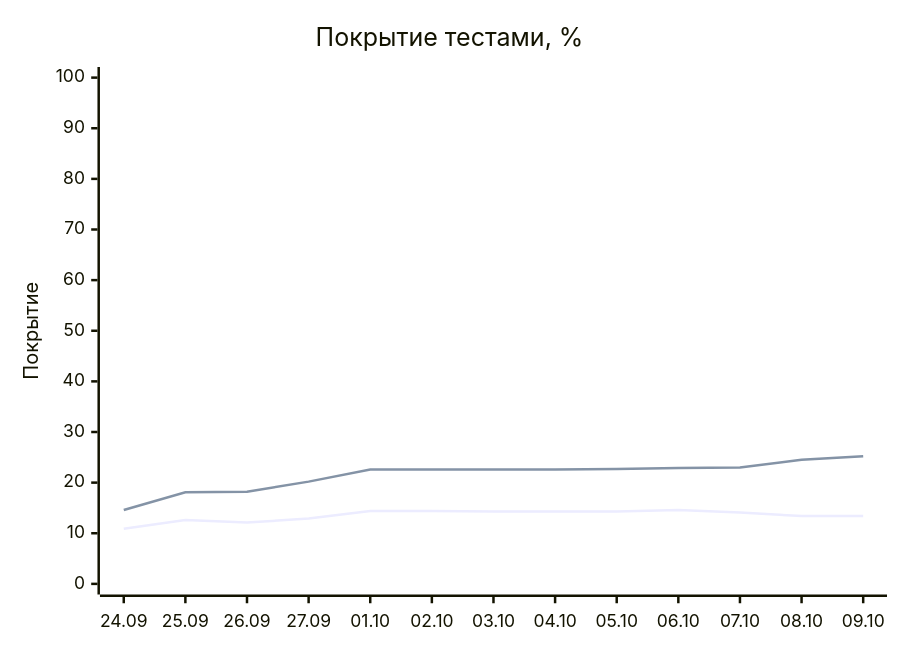
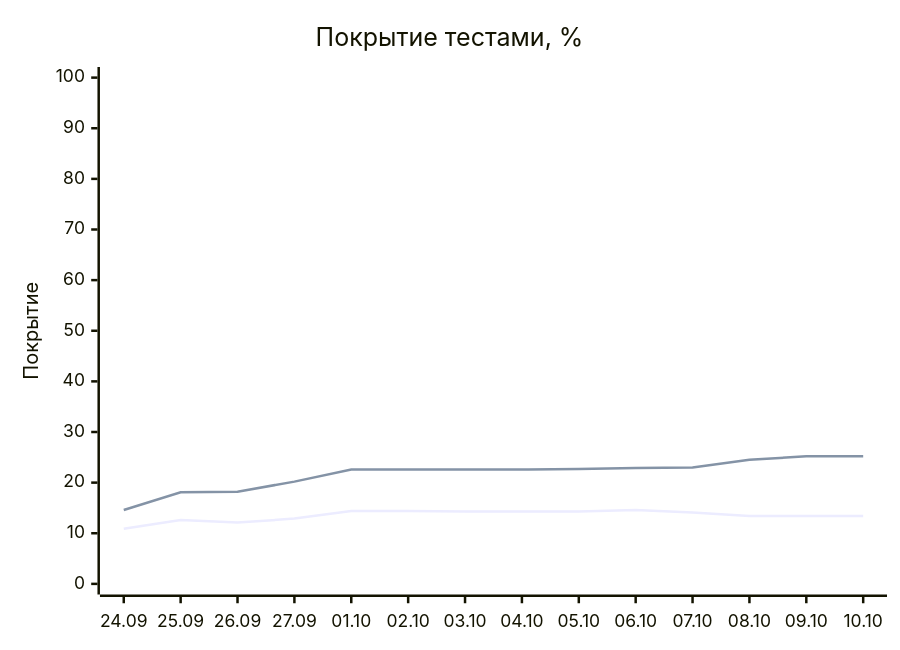
Before and after one commit to EvgeniBondarev/coverage-report: the diagram in README.md, drawn with Mermaid. The commit also changed other lines of this file and 2945 other files, not shown here.

````diff
--- a/README.md
+++ b/README.md
@@ -19,8 +19,8 @@
 ```mermaid
 xychart-beta
     title "Покрытие тестами, %"
-    x-axis ["24.09", "25.09", "26.09", "27.09", "01.10", "02.10", "03.10", "04.10", "05.10", "06.10", "07.10", "08.10", "09.10"]
+    x-axis ["24.09", "25.09", "26.09", "27.09", "01.10", "02.10", "03.10", "04.10", "05.10", "06.10", "07.10", "08.10", "09.10", "10.10"]
     y-axis "Покрытие" 0 --> 100
-    line [10.9, 12.6, 12.1, 12.9, 14.4, 14.4, 14.3, 14.3, 14.3, 14.6, 14.1, 13.4, 13.4]
-    line [14.6, 18.1, 18.2, 20.2, 22.6, 22.6, 22.6, 22.6, 22.7, 22.9, 23, 24.5, 25.2]
+    line [10.9, 12.6, 12.1, 12.9, 14.4, 14.4, 14.3, 14.3, 14.3, 14.6, 14.1, 13.4, 13.4, 13.4]
+    line [14.6, 18.1, 18.2, 20.2, 22.6, 22.6, 22.6, 22.6, 22.7, 22.9, 23, 24.5, 25.2, 25.2]
 ```
````
